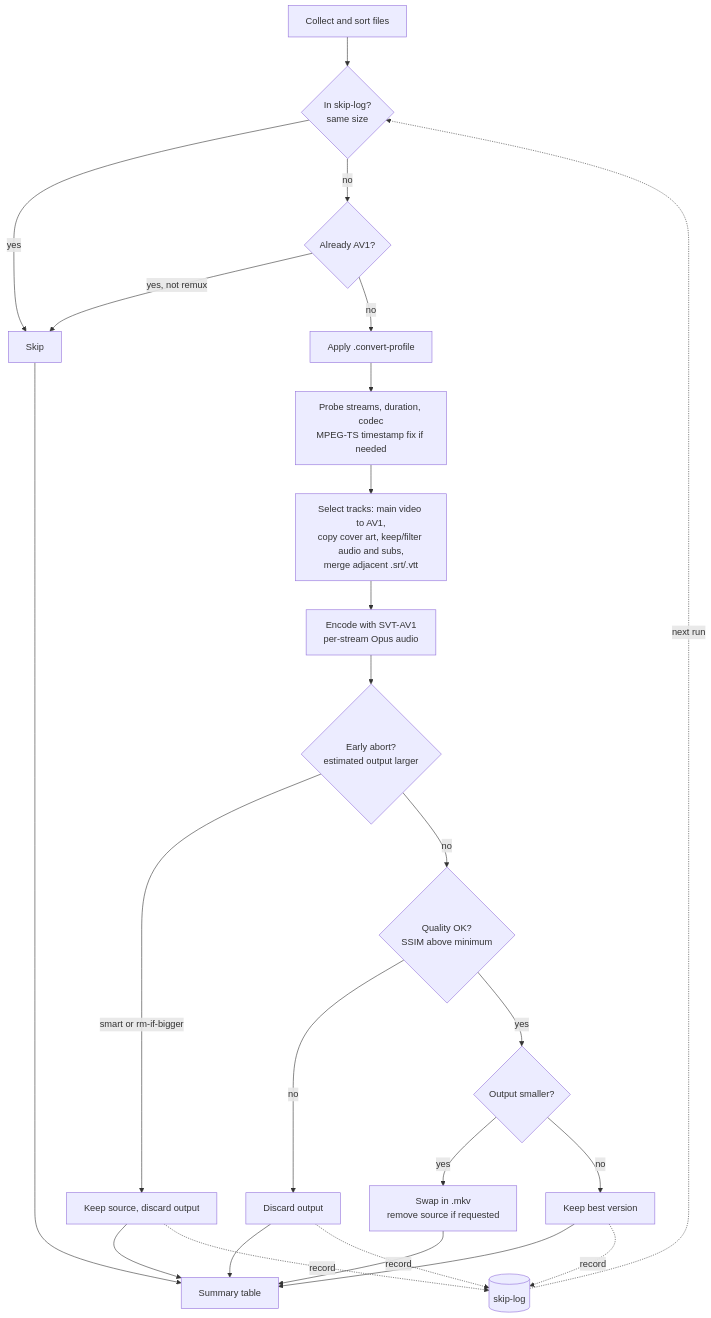
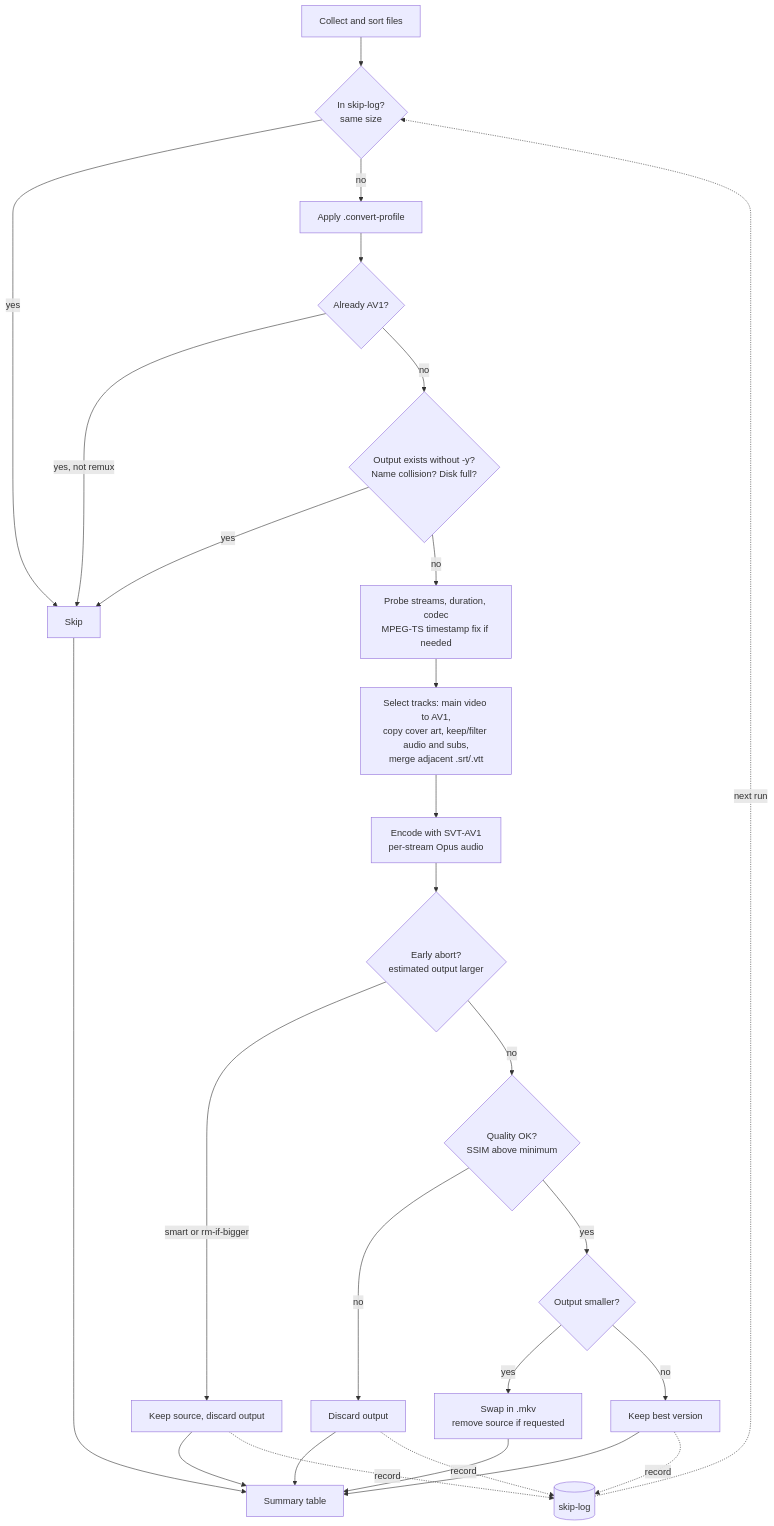
One commit to janroudaut/convert-to-av1 changed the diagram in README.md. Above: the diagram before and after it, drawn with Mermaid. The commit also changed other lines of this file and 4 other files, not shown here.

````diff
--- a/README.md
+++ b/README.md
@@ -246,27 +268,29 @@
 ```mermaid
 flowchart TD
     A[Collect and sort files] --> SL{In skip-log?<br/>same size}
     SL -- yes --> SKIP[Skip]
-    SL -- no --> B{Already AV1?}
+    SL -- no --> PROF[Apply .convert-profile]
+    PROF --> B{Already AV1?}
     B -- yes, not remux --> SKIP
-    B -- no --> PROF[Apply .convert-profile]
-    PROF --> PROBE[Probe streams, duration, codec<br/>MPEG-TS timestamp fix if needed]
+    B -- no --> GUARD{Output exists without -y?<br/>Name collision? Disk full?}
+    GUARD -- yes --> SKIP
+    GUARD -- no --> PROBE[Probe streams, duration, codec<br/>MPEG-TS timestamp fix if needed]
     PROBE --> MAP[Select tracks: main video to AV1,<br/>copy cover art, keep/filter audio and subs,<br/>merge adjacent .srt/.vtt]
     MAP --> ENC[Encode with SVT-AV1<br/>per-stream Opus audio]
     ENC --> EA{Early abort?<br/>estimated output larger}
     EA -- smart or rm-if-bigger --> KEEPSRC[Keep source, discard output]
     EA -- no --> QC{Quality OK?<br/>SSIM above minimum}
     QC -- no --> DROP[Discard output]
     QC -- yes --> SIZE{Output smaller?}
     SIZE -- yes --> DONE[Swap in .mkv<br/>remove source if requested]
     SIZE -- no --> BEST[Keep best version]
     SKIP --> SUM[Summary table]
     KEEPSRC --> SUM
     DROP --> SUM
     DONE --> SUM
     BEST --> SUM
     KEEPSRC -.record.-> LOG[(skip-log)]
     DROP -.record.-> LOG
     BEST -.record.-> LOG
     LOG -.next run.-> SL
 ```
````
